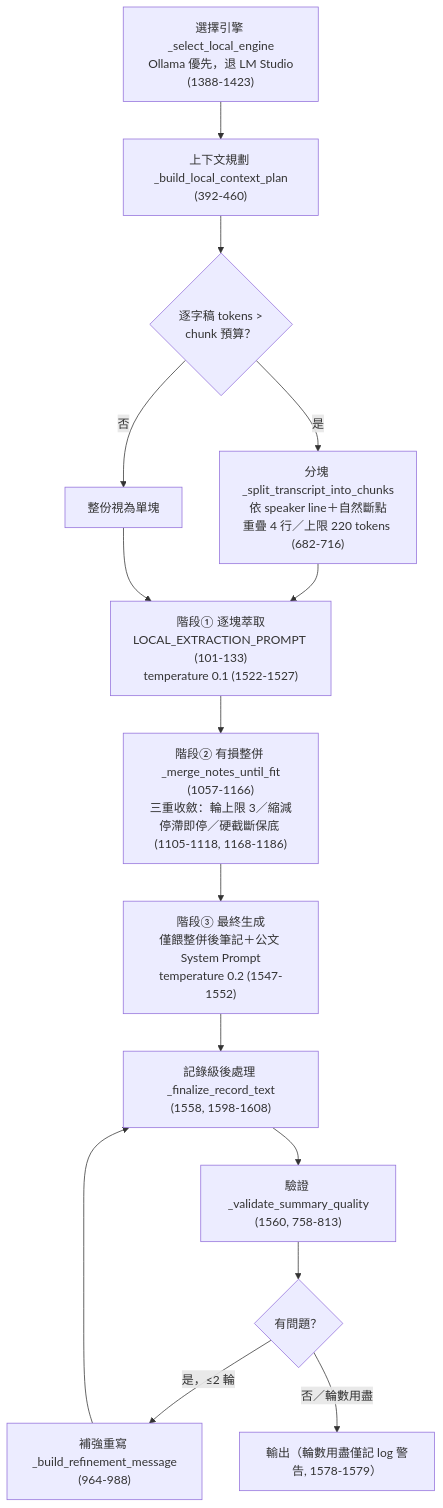
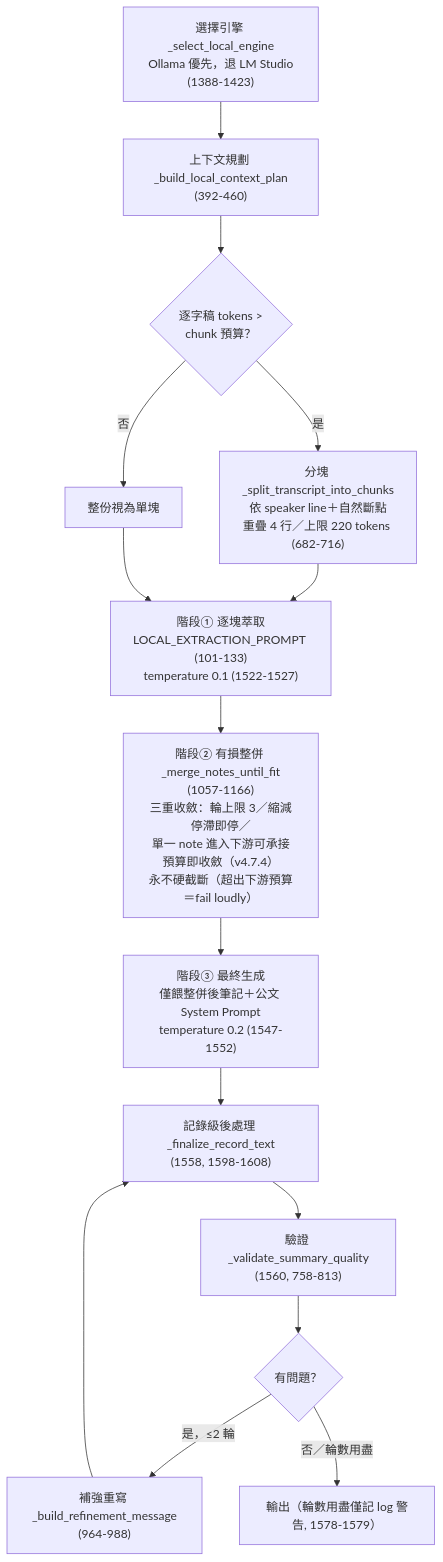
The fourth of 7 diagrams in doc/規格與設計/系統架構與程式設計書.md (s9008129/convert), drawn with Mermaid before and after one commit. The commit also changed other lines of this file and 6 other files, not shown here.

````diff
--- a/doc/規格與設計/系統架構與程式設計書.md
+++ b/doc/規格與設計/系統架構與程式設計書.md
@@ -389,17 +389,17 @@
 ```mermaid
 flowchart TD
     A["選擇引擎 _select_local_engine<br/>Ollama 優先，退 LM Studio<br/>(1388-1423)"] --> B["上下文規劃 _build_local_context_plan<br/>(392-460)"]
     B --> C{"逐字稿 tokens ><br/>chunk 預算？"}
     C -->|"是"| D["分塊 _split_transcript_into_chunks<br/>依 speaker line＋自然斷點<br/>重疊 4 行／上限 220 tokens (682-716)"]
     C -->|"否"| E["整份視為單塊"]
     D --> F["階段① 逐塊萃取<br/>LOCAL_EXTRACTION_PROMPT (101-133)<br/>temperature 0.1 (1522-1527)"]
     E --> F
-    F --> G["階段② 有損整併 _merge_notes_until_fit<br/>(1057-1166)<br/>三重收斂：輪上限 3／縮減停滯即停／硬截斷保底 (1105-1118, 1168-1186)"]
+    F --> G["階段② 有損整併 _merge_notes_until_fit<br/>(1057-1166)<br/>三重收斂：輪上限 3／縮減停滯即停／<br/>單一 note 進入下游可承接預算即收斂（v4.7.4）<br/>永不硬截斷（超出下游預算＝fail loudly）"]
     G --> H["階段③ 最終生成<br/>僅餵整併後筆記＋公文 System Prompt<br/>temperature 0.2 (1547-1552)"]
     H --> I["記錄級後處理 _finalize_record_text<br/>(1558, 1598-1608)"]
     I --> J["驗證 _validate_summary_quality<br/>(1560, 758-813)"]
     J --> K{"有問題？"}
     K -->|"是，≤2 輪"| L["補強重寫 _build_refinement_message<br/>(964-988)"]
     L --> I
     K -->|"否／輪數用盡"| M["輸出（輪數用盡僅記 log 警告, 1578-1579）"]
 ```
````
